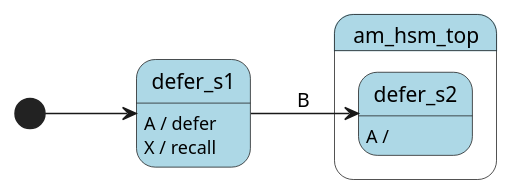
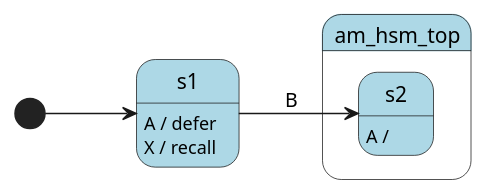
Before and after one commit to adel-mamin/amast: the fourth of 9 diagrams in libs/hsm/README.rst, drawn with PlantUML. The commit also changed other lines of this file and 1 other file, not shown here.

```diff
--- a/libs/hsm/README.rst
+++ b/libs/hsm/README.rst
@@ -599,20 +600,20 @@
 .. uml::
 
    @startuml
 
    left to right direction
 
-   [*] --> defer_s1
+   [*] --> s1
 
    state am_hsm_top #LightBlue {
-       state defer_s1 #LightBlue
-       state defer_s2 #LightBlue
+       state s1 #LightBlue
+       state s2 #LightBlue
    }
 
-   defer_s1 : A / defer
-   defer_s1 : X / recall
-   defer_s1 --> defer_s2 : B
+   s1 : A / defer
+   s1 : X / recall
+   s1 --> s2 : B
 
-   defer_s2 : A /
+   s2 : A /
 
    @enduml
```
